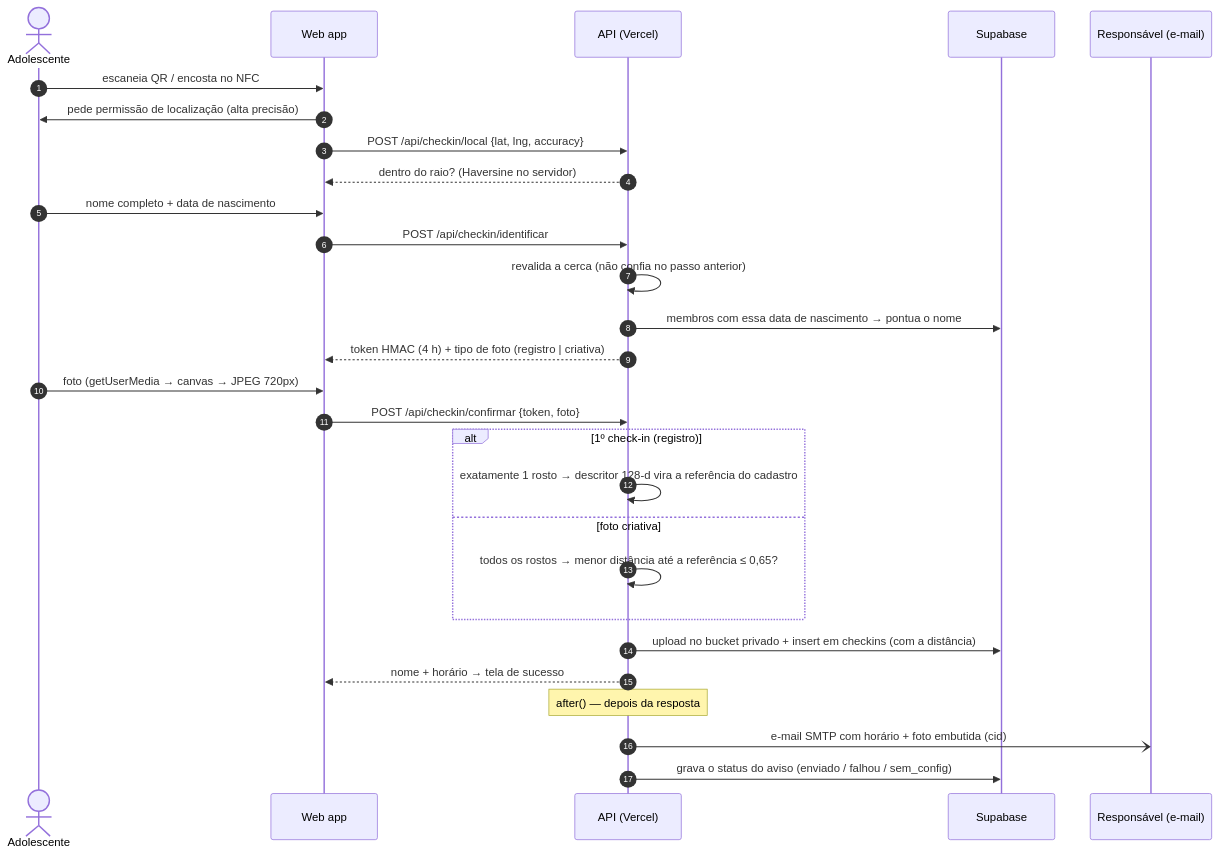
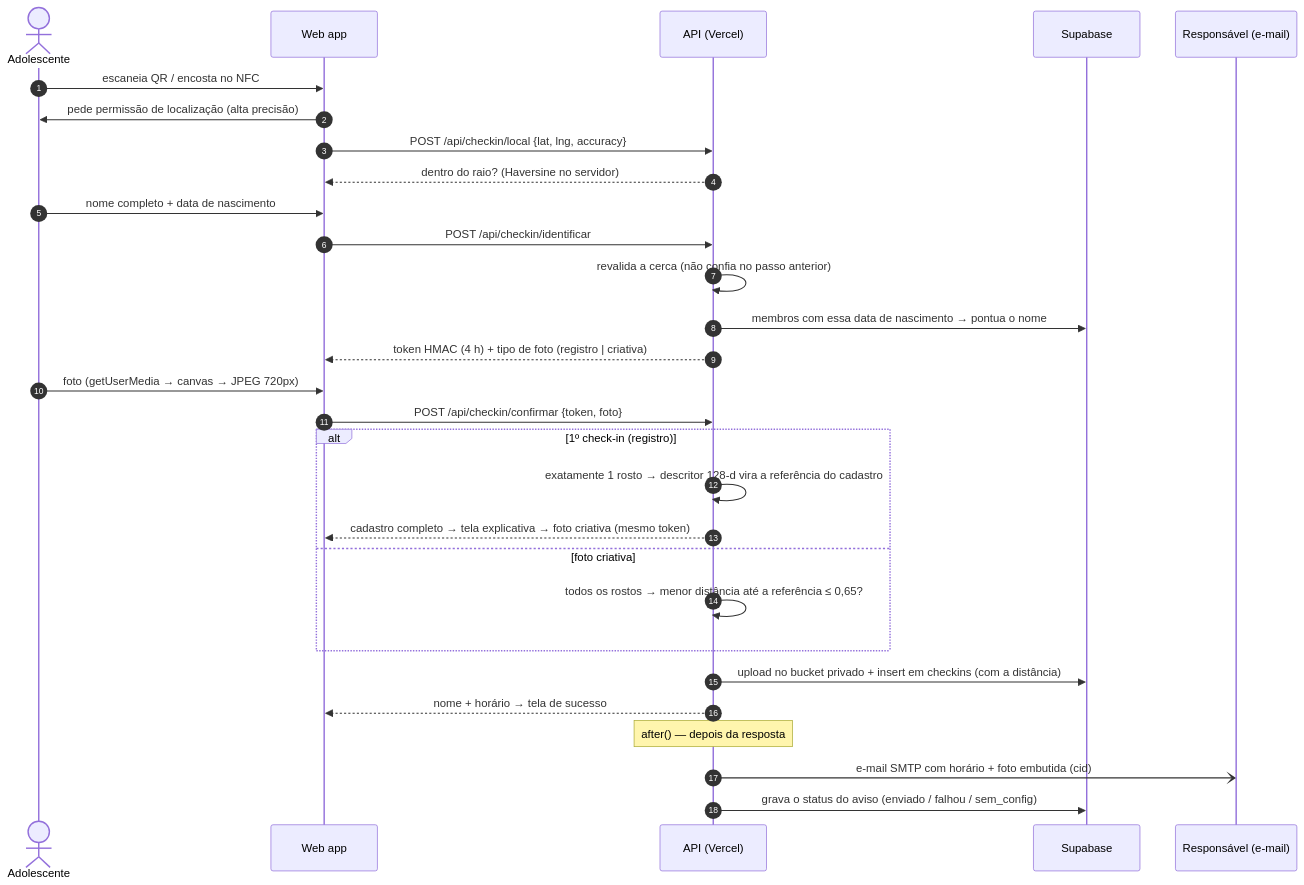
Before and after one commit to pedroeduardo36/flag-checkin: the second of 2 diagrams in README.md, drawn with Mermaid. The commit also changed other lines of this file and 13 other files, not shown here.

First line of the commit message:
1º check-in pede a foto criativa; cadastro mostra resumo e aviso de spam

````diff
--- a/README.md
+++ b/README.md
@@ -131,31 +132,32 @@
 ```mermaid
 sequenceDiagram
   autonumber
   actor A as Adolescente
   participant W as Web app
   participant S as API (Vercel)
   participant D as Supabase
   participant R as Responsável (e-mail)
 
   A->>W: escaneia QR / encosta no NFC
   W->>A: pede permissão de localização (alta precisão)
   W->>S: POST /api/checkin/local {lat, lng, accuracy}
   S-->>W: dentro do raio? (Haversine no servidor)
   A->>W: nome completo + data de nascimento
   W->>S: POST /api/checkin/identificar
   S->>S: revalida a cerca (não confia no passo anterior)
   S->>D: membros com essa data de nascimento → pontua o nome
   S-->>W: token HMAC (4 h) + tipo de foto (registro | criativa)
   A->>W: foto (getUserMedia → canvas → JPEG 720px)
   W->>S: POST /api/checkin/confirmar {token, foto}
   alt 1º check-in (registro)
     S->>S: exatamente 1 rosto → descritor 128-d vira a referência do cadastro
+    S-->>W: cadastro completo → tela explicativa → foto criativa (mesmo token)
   else foto criativa
     S->>S: todos os rostos → menor distância até a referência ≤ 0,65?
   end
   S->>D: upload no bucket privado + insert em checkins (com a distância)
   S-->>W: nome + horário → tela de sucesso
   Note over S: after() — depois da resposta
   S-)R: e-mail SMTP com horário + foto embutida (cid)
   S->>D: grava o status do aviso (enviado / falhou / sem_config)
 ```
````
